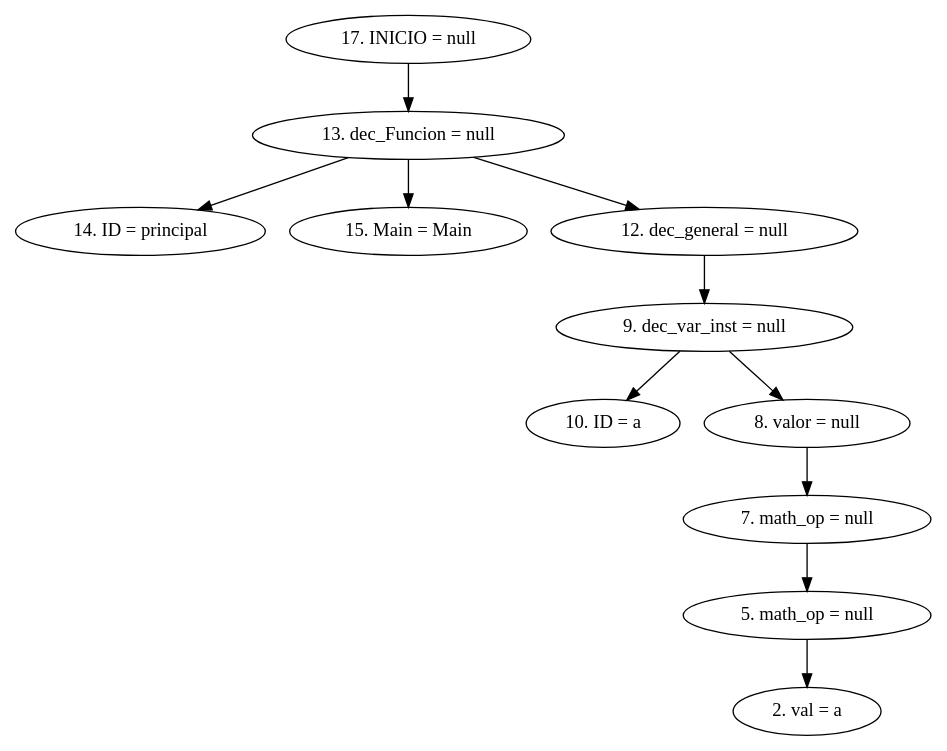
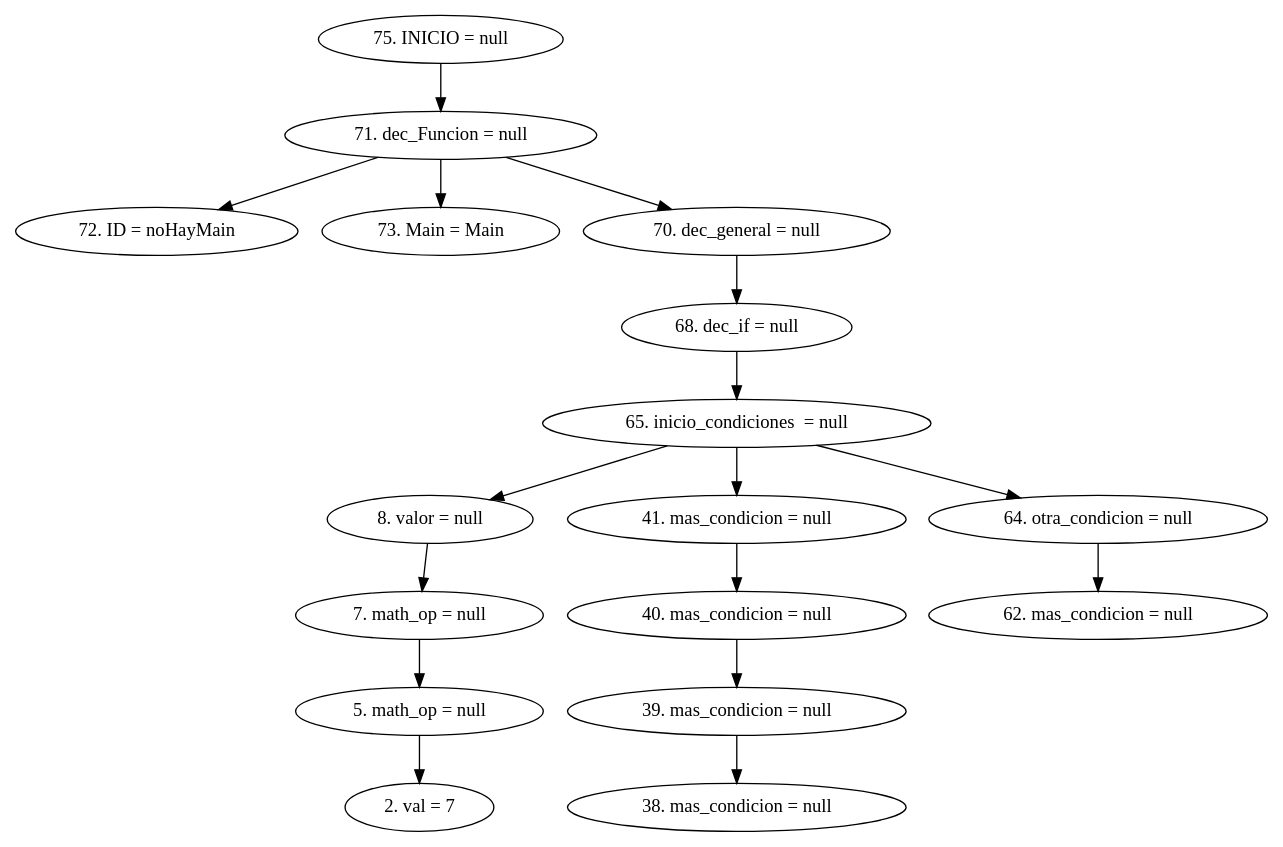
One commit to CarlosSosVos/NACHTs changed the diagram in AST.dot. Above: the diagram before and after it, drawn with Graphviz. The commit also changed 9 other files, not shown here.

```diff
--- a/AST.dot
+++ b/AST.dot
@@ -1,14 +1,20 @@
 digraph G {
-"17. INICIO = null"->"13. dec_Funcion = null"
-"13. dec_Funcion = null"->"14. ID = principal"
-"13. dec_Funcion = null"->"15. Main = Main"
-"13. dec_Funcion = null"->"12. dec_general = null"
-"12. dec_general = null"->"9. dec_var_inst = null"
-"9. dec_var_inst = null"->"10. ID = a"
-"9. dec_var_inst = null"->"8. valor = null"
+"75. INICIO = null"->"71. dec_Funcion = null"
+"71. dec_Funcion = null"->"72. ID = noHayMain"
+"71. dec_Funcion = null"->"73. Main = Main"
+"71. dec_Funcion = null"->"70. dec_general = null"
+"70. dec_general = null"->"68. dec_if = null"
+"68. dec_if = null"->"65. inicio_condiciones  = null"
+"65. inicio_condiciones  = null"->"8. valor = null"
 "8. valor = null"->"7. math_op = null"
 "7. math_op = null"->"5. math_op = null"
-"5. math_op = null"->"2. val = a"
+"5. math_op = null"->"2. val = 7"
+"65. inicio_condiciones  = null"->"41. mas_condicion = null"
+"41. mas_condicion = null"->"40. mas_condicion = null"
+"40. mas_condicion = null"->"39. mas_condicion = null"
+"39. mas_condicion = null"->"38. mas_condicion = null"
+"65. inicio_condiciones  = null"->"64. otra_condicion = null"
+"64. otra_condicion = null"->"62. mas_condicion = null"
 
 
 }
```
